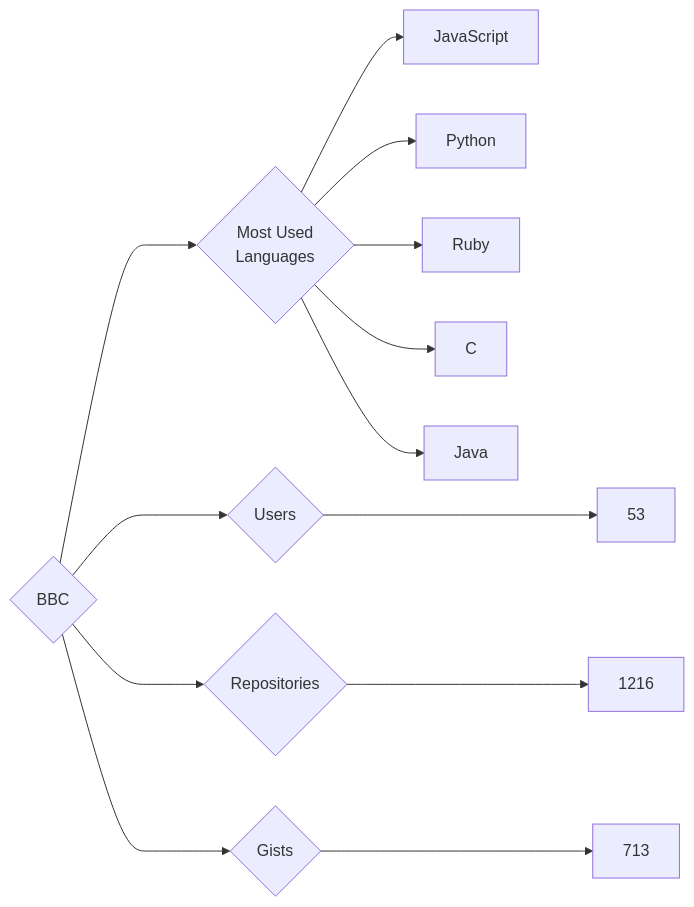
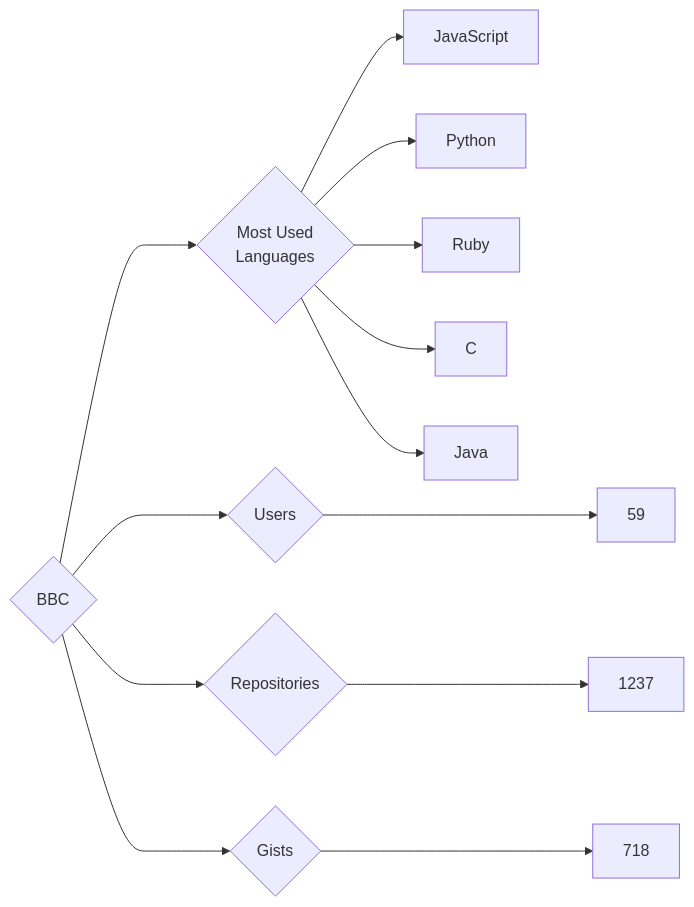
Before and after one commit to trickest/insiders: the diagram in targets/BBC/README.md, drawn with Mermaid. The commit also changed 1314 other files, not shown here.

````diff
--- a/targets/BBC/README.md
+++ b/targets/BBC/README.md
@@ -3,13 +3,13 @@
 ```mermaid
 graph LR
 COMPANY_NAME{BBC}
-COMPANY_NAME ---> U{Users} ---> UN[53]
-COMPANY_NAME ---> R{Repositories} ---> RN[1216]
-COMPANY_NAME ---> G{Gists} ---> GN[713]
+COMPANY_NAME ---> U{Users} ---> UN[59]
+COMPANY_NAME ---> R{Repositories} ---> RN[1237]
+COMPANY_NAME ---> G{Gists} ---> GN[718]
 COMPANY_NAME ---> ML{Most Used<br>Languages}
 ML --> JavaScript[JavaScript]
 ML --> Python[Python]
 ML --> Ruby[Ruby]
 ML --> C[C]
 ML --> Java[Java]
 ```
````
